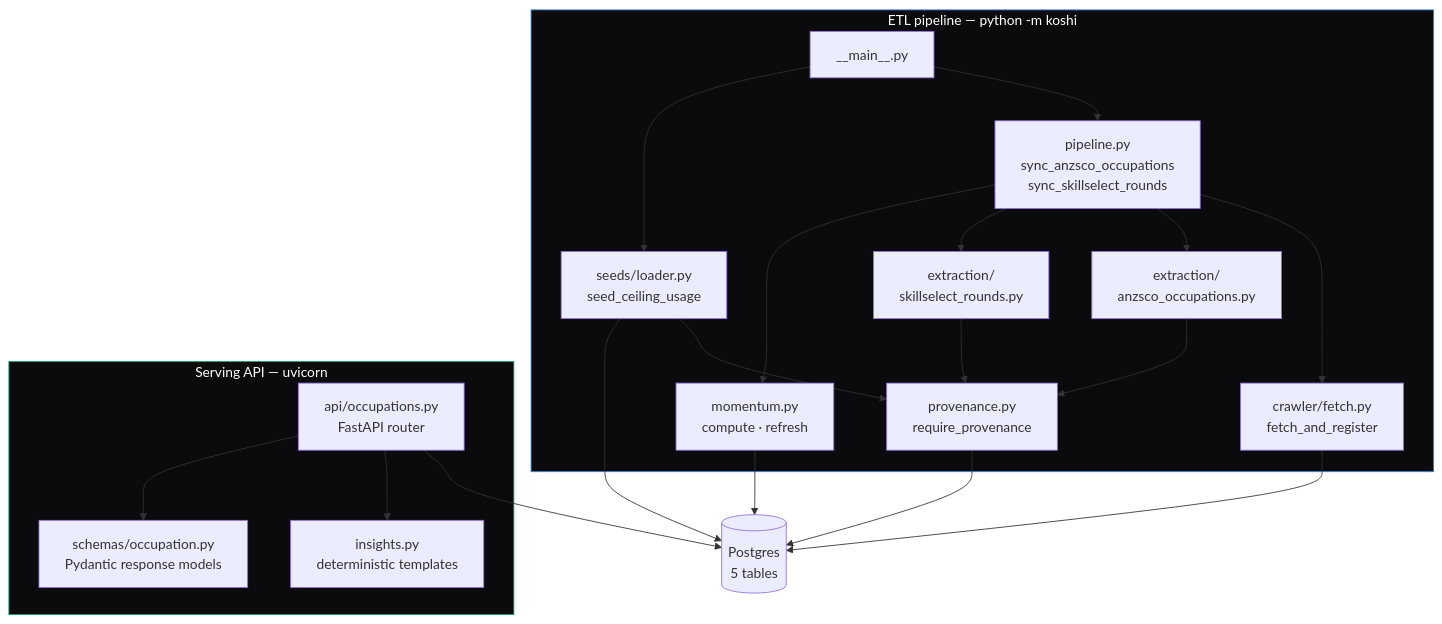
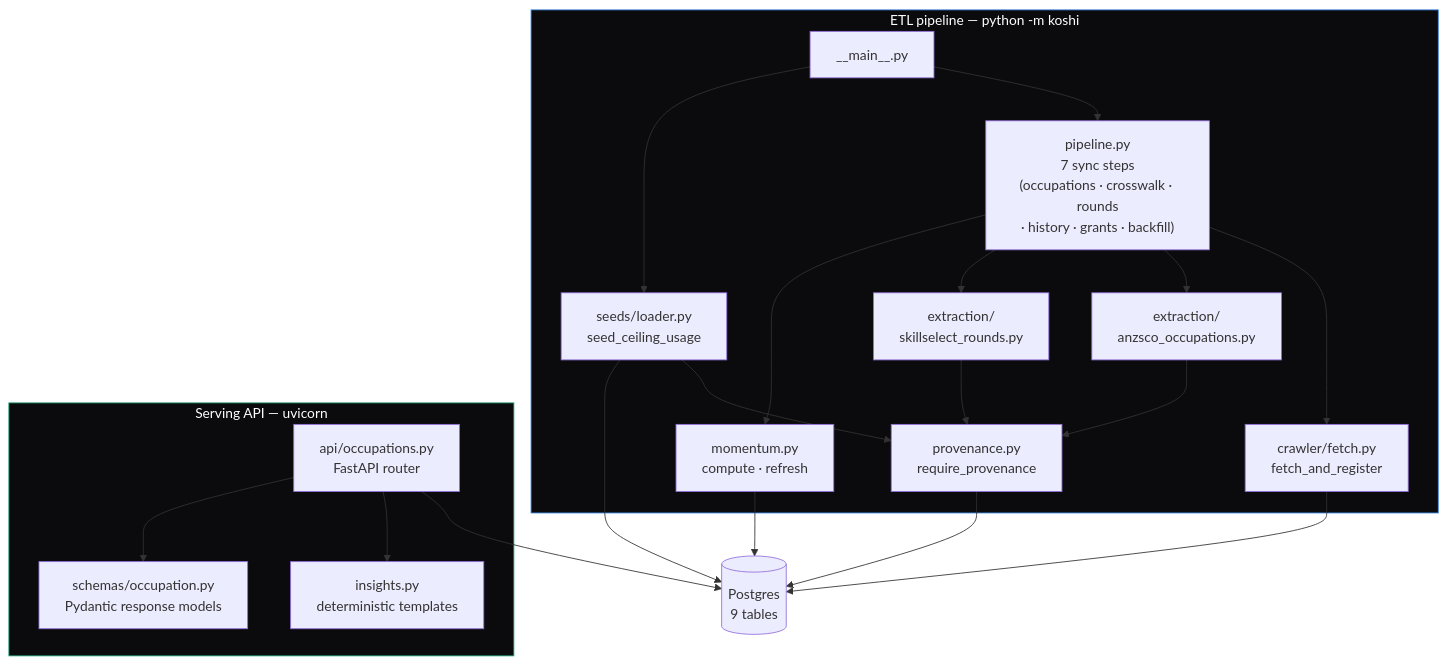
Before and after one commit to judasprabin/koshi: the second of 4 diagrams in docs/ARCHITECTURE.md, drawn with Mermaid. The commit also changed other lines of this file and 1 other file, not shown here.

First line of the commit message:
docs(architecture): reconcile with the running pipeline

````diff
--- a/docs/ARCHITECTURE.md
+++ b/docs/ARCHITECTURE.md
@@ -77,42 +77,42 @@
 ```mermaid
 graph TB
     subgraph ingestion ["ETL pipeline — python -m koshi"]
         main_entry["__main__.py"]
-        pipeline["pipeline.py<br/>sync_anzsco_occupations<br/>sync_skillselect_rounds"]
+        pipeline["pipeline.py<br/>7 sync steps<br/>(occupations · crosswalk · rounds<br/>· history · grants · backfill)"]
         fetch["crawler/fetch.py<br/>fetch_and_register"]
         anzsco_p["extraction/<br/>anzsco_occupations.py"]
         rounds_p["extraction/<br/>skillselect_rounds.py"]
         seeds["seeds/loader.py<br/>seed_ceiling_usage"]
         momentum["momentum.py<br/>compute · refresh"]
         prov["provenance.py<br/>require_provenance"]
     end
 
     subgraph serving ["Serving API — uvicorn"]
         api["api/occupations.py<br/>FastAPI router"]
         insights["insights.py<br/>deterministic templates"]
         schemas["schemas/occupation.py<br/>Pydantic response models"]
     end
 
-    db[("Postgres<br/>5 tables")]
+    db[("Postgres<br/>9 tables")]
 
     main_entry --> pipeline
     pipeline --> fetch
     fetch --> db
     pipeline --> anzsco_p
     pipeline --> rounds_p
     anzsco_p --> prov
     rounds_p --> prov
     seeds --> prov
     prov --> db
     pipeline --> momentum
     momentum --> db
     main_entry --> seeds
     seeds --> db
 
     api --> db
     api --> insights
     api --> schemas
 
     style ingestion fill:#0b0b0d,color:#fff,stroke:#3987e5
     style serving fill:#0b0b0d,color:#fff,stroke:#199e70
 ```
````
